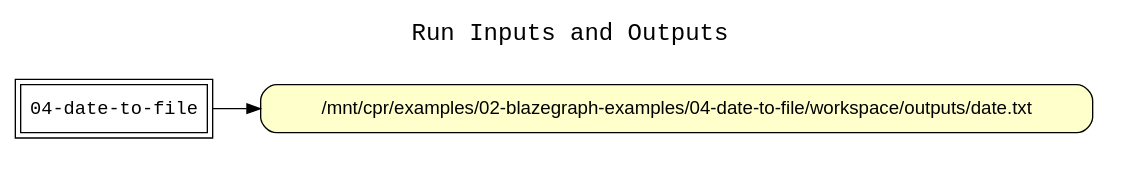
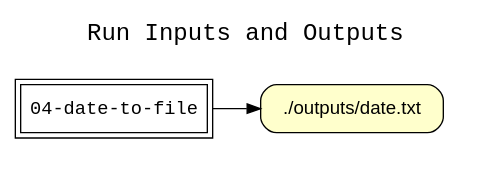
One commit to CIRSS/cpr changed the diagram in examples/02-blazegraph-examples/04-date-to-file/run/graph-1.gv. Above: the diagram before and after it, drawn with Graphviz. The commit also changed 29 other files, not shown here.

```diff
--- a/examples/02-blazegraph-examples/04-date-to-file/run/graph-1.gv
+++ b/examples/02-blazegraph-examples/04-date-to-file/run/graph-1.gv
@@ -1,30 +1,30 @@
 
 digraph cpr_run {
 rankdir=LR
 fontname=Courier; fontsize=18; labelloc=t
 label="Run Inputs and Outputs"
 
 node[shape=box style="filled" fillcolor="#FFFFFF" peripheries=2 fontname=Courier]
 "run" [label="04-date-to-file"]
 
+node[shape=box style="rounded,filled" fillcolor="#FFFFCC" peripheries=1 fontname=Helvetica]
+
+# input file nodes
 subgraph cluster_input_files { label=""; color=white; penwidth=0
 subgraph cluster_input_files_inner { label=""; color=white
-node[shape=box style="rounded,filled" fillcolor="#FFFFCC" peripheries=1 fontname=Helvetica]
 
 }}
 
+# output file nodes
+subgraph cluster_output_files { label=""; color=white; penwidth=0
+subgraph cluster_output_files_inner { label=""; color=white
+"./outputs/date.txt" [label="./outputs/date.txt"]
+}}
+
+# input file edges
 
 
-subgraph cluster_output_files { label=""; color=white; penwidth=0
-subgraph cluster_output_files_inner { label=""; color=white
-node[shape=box style="rounded,filled" fillcolor="#FFFFCC" peripheries=1 fontname=Helvetica]
-
-"/mnt/cpr/examples/02-blazegraph-examples/04-date-to-file/workspace/outputs/date.txt" [label="/mnt/cpr/examples/02-blazegraph-examples/04-date-to-file/workspace/outputs/date.txt"]
-
-}}
-
-
-"run" -> "/mnt/cpr/examples/02-blazegraph-examples/04-date-to-file/workspace/outputs/date.txt"
-
+# output file edges
+"run" -> "./outputs/date.txt"
 
 }
```
